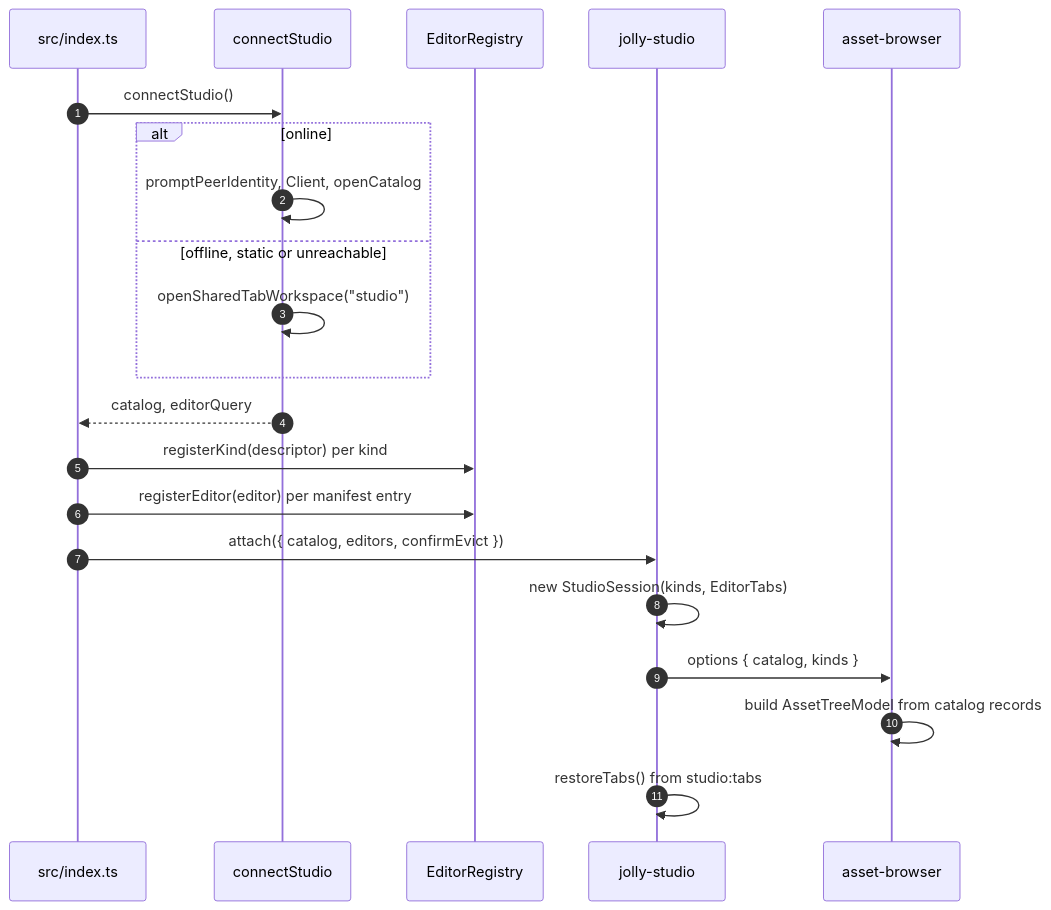
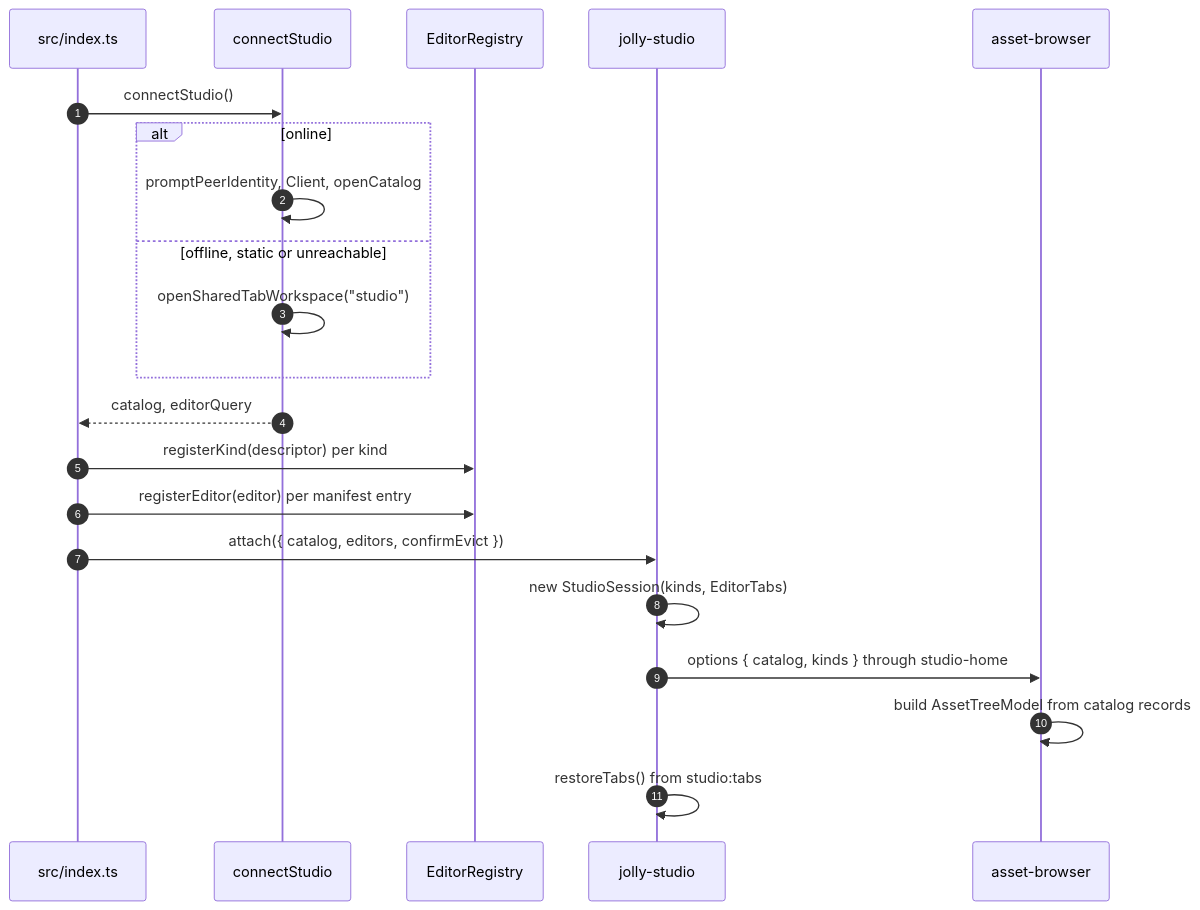
Before and after one commit to JollyPixel/editor: the second of 3 diagrams in packages/studio/ARCHITECTURE.md, drawn with Mermaid. The commit also changed other lines of this file and 43 other files, not shown here.

````diff
--- a/packages/studio/ARCHITECTURE.md
+++ b/packages/studio/ARCHITECTURE.md
@@ -77,24 +79,24 @@
 ```mermaid
 sequenceDiagram
   autonumber
   participant I as src/index.ts
   participant C as connectStudio
   participant R as EditorRegistry
   participant S as jolly-studio
   participant B as asset-browser
 
   I->>C: connectStudio()
   alt online
     C->>C: promptPeerIdentity, Client, openCatalog
   else offline, static or unreachable
     C->>C: openSharedTabWorkspace("studio")
   end
   C-->>I: catalog, editorQuery
   I->>R: registerKind(descriptor) per kind
   I->>R: registerEditor(editor) per manifest entry
   I->>S: attach({ catalog, editors, confirmEvict })
   S->>S: new StudioSession(kinds, EditorTabs)
-  S->>B: options { catalog, kinds }
+  S->>B: options { catalog, kinds } through studio-home
   B->>B: build AssetTreeModel from catalog records
   S->>S: restoreTabs() from studio:tabs
 ```
````
